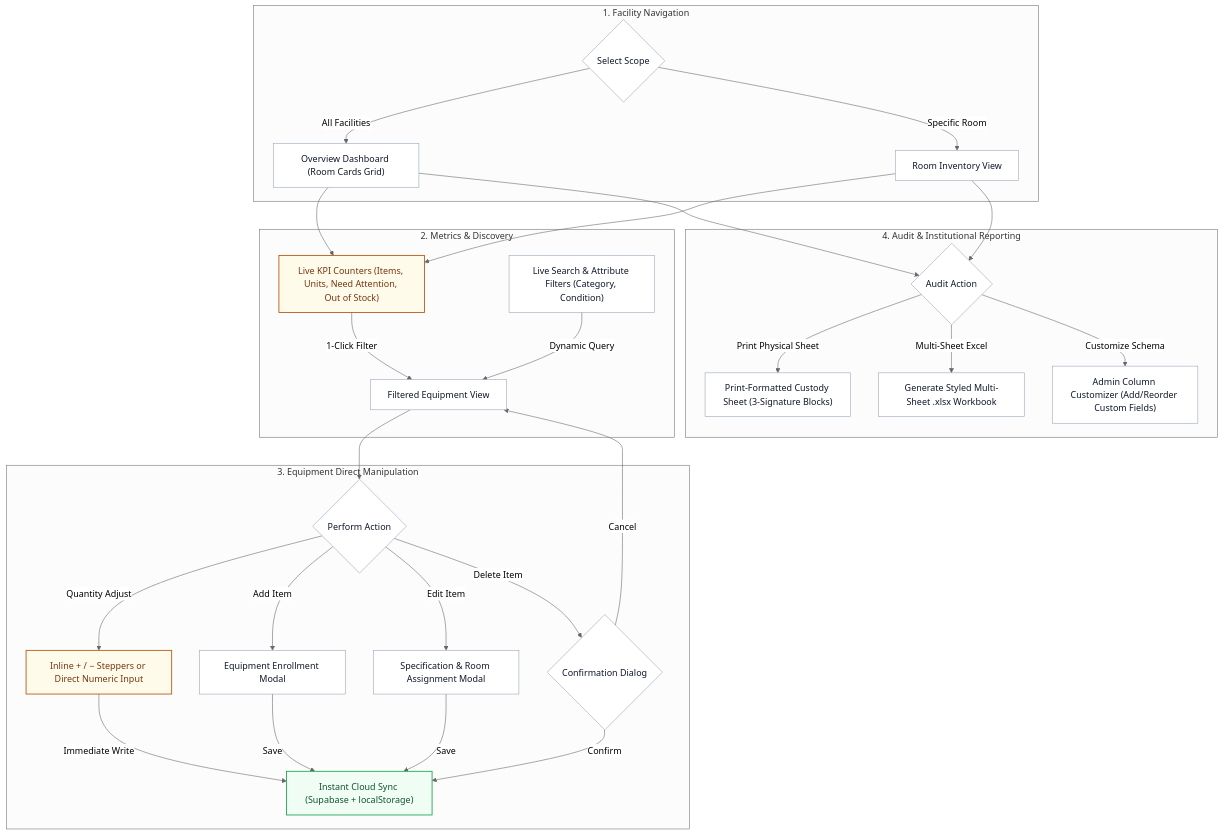
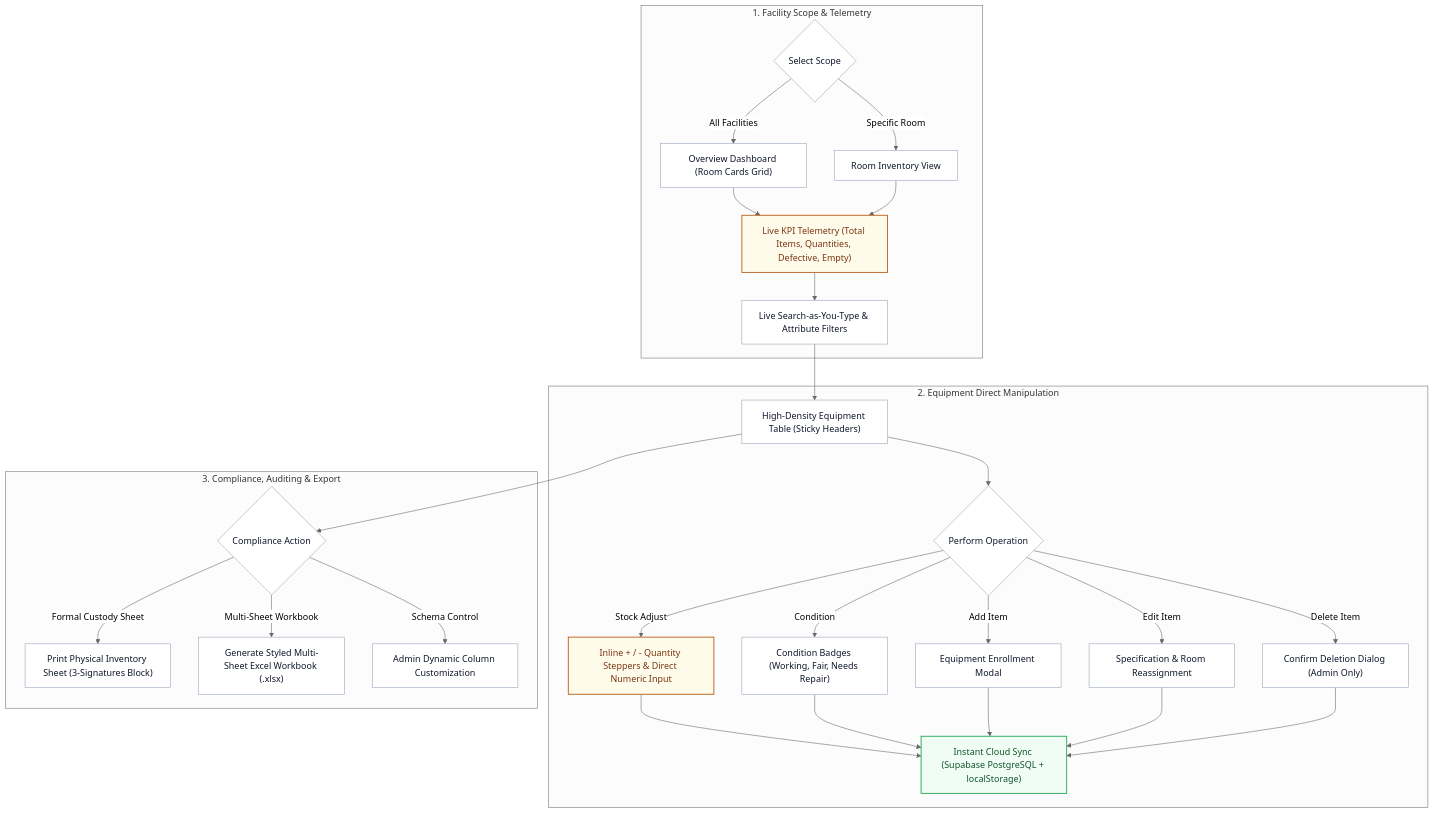
Before and after one commit to kai-zze/KM100-Stock: the fourth of 5 diagrams in docs/APP_FLOWCHART.md, drawn with Mermaid (neutral theme). The commit also changed other lines of this file and 9 other files, not shown here.

Commit message:
docs: adapt flowcharts for bond paper layout and shared passkey architecture

````diff
--- a/docs/APP_FLOWCHART.md
+++ b/docs/APP_FLOWCHART.md
@@ -213,53 +210,44 @@
 ```mermaid
 flowchart TD
-    subgraph FacilityNav["1. Facility Navigation"]
+    subgraph Stage1["1. Facility Scope & Telemetry"]
         Scope{"Select Scope"}
         Scope -->|All Facilities| MasterOverview["Overview Dashboard (Room Cards Grid)"]
         Scope -->|Specific Room| RoomView["Room Inventory View"]
+
+        MasterOverview --> KPICards["Live KPI Telemetry (Total Items, Quantities, Defective, Empty)"]
+        RoomView --> KPICards
+        KPICards --> SearchFilterBar["Live Search-as-You-Type & Attribute Filters"]
     end
 
-    subgraph MetricsAndFilters["2. Metrics & Discovery"]
-        KPICards["Live KPI Counters (Items, Units, Need Attention, Out of Stock)"]
-        SearchFilterBar["Live Search & Attribute Filters (Category, Condition)"]
+    subgraph Stage2["2. Equipment Direct Manipulation"]
+        SearchFilterBar --> TableGrid["High-Density Equipment Table (Sticky Headers)"]
+        TableGrid --> ActionChoice{"Perform Operation"}
 
-        MasterOverview --> KPICards
-        RoomView --> KPICards
-        KPICards -->|1-Click Filter| FilteredGrid["Filtered Equipment View"]
-        SearchFilterBar -->|Dynamic Query| FilteredGrid
+        ActionChoice -->|Stock Adjust| Steppers["Inline + / - Quantity Steppers & Direct Numeric Input"]
+        ActionChoice -->|Condition| StatusPill["Condition Badges (Working, Fair, Needs Repair)"]
+        ActionChoice -->|Add Item| AddModal["Equipment Enrollment Modal"]
+        ActionChoice -->|Edit Item| EditModal["Specification & Room Reassignment"]
+        ActionChoice -->|Delete Item| DeleteModal["Confirm Deletion Dialog (Admin Only)"]
+
+        Steppers --> CloudSync["Instant Cloud Sync (Supabase PostgreSQL + localStorage)"]
+        StatusPill --> CloudSync
+        AddModal --> CloudSync
+        EditModal --> CloudSync
+        DeleteModal --> CloudSync
     end
 
-    subgraph ItemOperations["3. Equipment Direct Manipulation"]
-        FilteredGrid --> ActionChoice{"Perform Action"}
+    subgraph Stage3["3. Compliance, Auditing & Export"]
+        TableGrid --> AuditActions{"Compliance Action"}
 
-        ActionChoice -->|Quantity Adjust| Steppers["Inline + / − Steppers or Direct Numeric Input"]
-        Steppers -->|Immediate Write| CloudSync["Instant Cloud Sync (Supabase + localStorage)"]
-
-        ActionChoice -->|Add Item| AddModal["Equipment Enrollment Modal"]
-        AddModal -->|Save| CloudSync
-
-        ActionChoice -->|Edit Item| EditModal["Specification & Room Assignment Modal"]
-        EditModal -->|Save| CloudSync
-
-        ActionChoice -->|Delete Item| ConfirmDelete{"Confirmation Dialog"}
-        ConfirmDelete -->|Confirm| CloudSync
-        ConfirmDelete -->|Cancel| FilteredGrid
+        AuditActions -->|Formal Custody Sheet| PrintDialog["Print Physical Inventory Sheet (3-Signatures Block)"]
+        AuditActions -->|Multi-Sheet Workbook| ExcelEngine["Generate Styled Multi-Sheet Excel Workbook (.xlsx)"]
+        AuditActions -->|Schema Control| SchemaModal["Admin Dynamic Column Customization"]
     end
-
-    subgraph Reporting["4. Audit & Institutional Reporting"]
-        AuditActions{"Audit Action"}
-
-        AuditActions -->|Print Physical Sheet| PrintDialog["Print-Formatted Custody Sheet (3-Signature Blocks)"]
-        AuditActions -->|Multi-Sheet Excel| ExcelEngine["Generate Styled Multi-Sheet .xlsx Workbook"]
-        AuditActions -->|Customize Schema| SchemaModal["Admin Column Customizer (Add/Reorder Custom Fields)"]
-    end
-
-    RoomView --> AuditActions
-    MasterOverview --> AuditActions
 
     classDef default fill:#ffffff,stroke:#94a3b8,stroke-width:1px,color:#0f172a;
     classDef amber fill:#fffbeb,stroke:#b45309,stroke-width:1.5px,color:#78350f;
     classDef emerald fill:#f0fdf4,stroke:#16a34a,stroke-width:1.5px,color:#14532d;
 
     class Steppers,KPICards amber;
     class CloudSync emerald;
 ```
````
